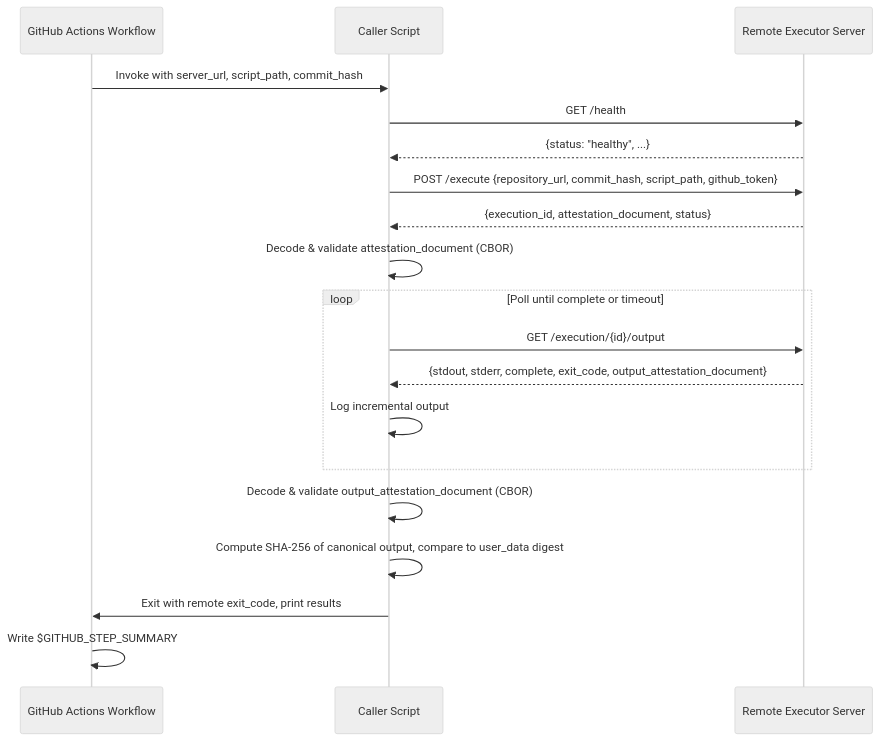
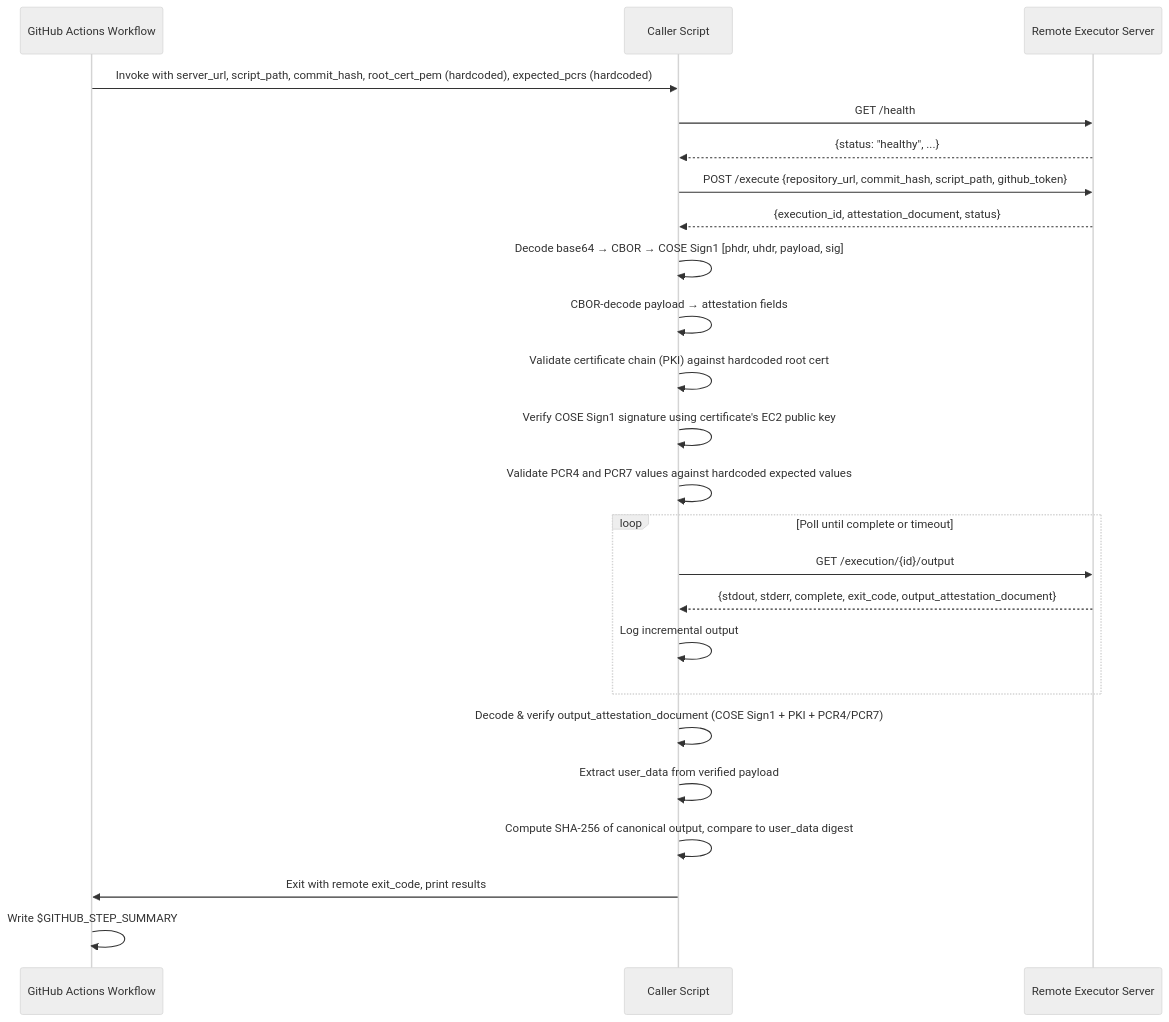
The diagram in .kiro/specs/gha-remote-executor-caller/design.md (richardfan1126/github-runner-ec2-attestation), drawn with Mermaid (neutral theme) before and after one commit. The commit also changed other lines of this file and 2 other files, not shown here.

First line of the commit message:
spec: robust attestation verification with hardcoded trust anchors

````diff
--- a/.kiro/specs/gha-remote-executor-caller/design.md
+++ b/.kiro/specs/gha-remote-executor-caller/design.md
@@ -19,22 +23,27 @@
 ```mermaid
 sequenceDiagram
     participant GHA as GitHub Actions Workflow
     participant CS as Caller Script
     participant RE as Remote Executor Server
 
-    GHA->>CS: Invoke with server_url, script_path, commit_hash
+    GHA->>CS: Invoke with server_url, script_path, commit_hash, root_cert_pem (hardcoded), expected_pcrs (hardcoded)
     CS->>RE: GET /health
     RE-->>CS: {status: "healthy", ...}
     CS->>RE: POST /execute {repository_url, commit_hash, script_path, github_token}
     RE-->>CS: {execution_id, attestation_document, status}
-    CS->>CS: Decode & validate attestation_document (CBOR)
+    CS->>CS: Decode base64 → CBOR → COSE Sign1 [phdr, uhdr, payload, sig]
+    CS->>CS: CBOR-decode payload → attestation fields
+    CS->>CS: Validate certificate chain (PKI) against hardcoded root cert
+    CS->>CS: Verify COSE Sign1 signature using certificate's EC2 public key
+    CS->>CS: Validate PCR4 and PCR7 values against hardcoded expected values
     loop Poll until complete or timeout
         CS->>RE: GET /execution/{id}/output
         RE-->>CS: {stdout, stderr, complete, exit_code, output_attestation_document}
         CS->>CS: Log incremental output
     end
-    CS->>CS: Decode & validate output_attestation_document (CBOR)
+    CS->>CS: Decode & verify output_attestation_document (COSE Sign1 + PKI + PCR4/PCR7)
+    CS->>CS: Extract user_data from verified payload
     CS->>CS: Compute SHA-256 of canonical output, compare to user_data digest
     CS->>GHA: Exit with remote exit_code, print results
     GHA->>GHA: Write $GITHUB_STEP_SUMMARY
 ```
````
